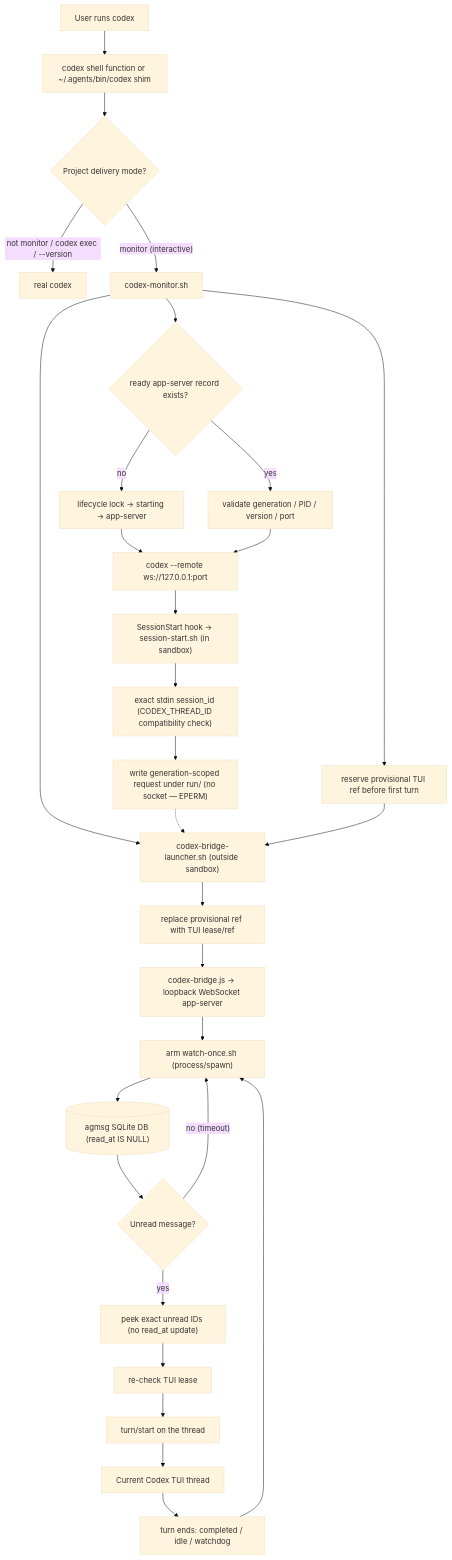
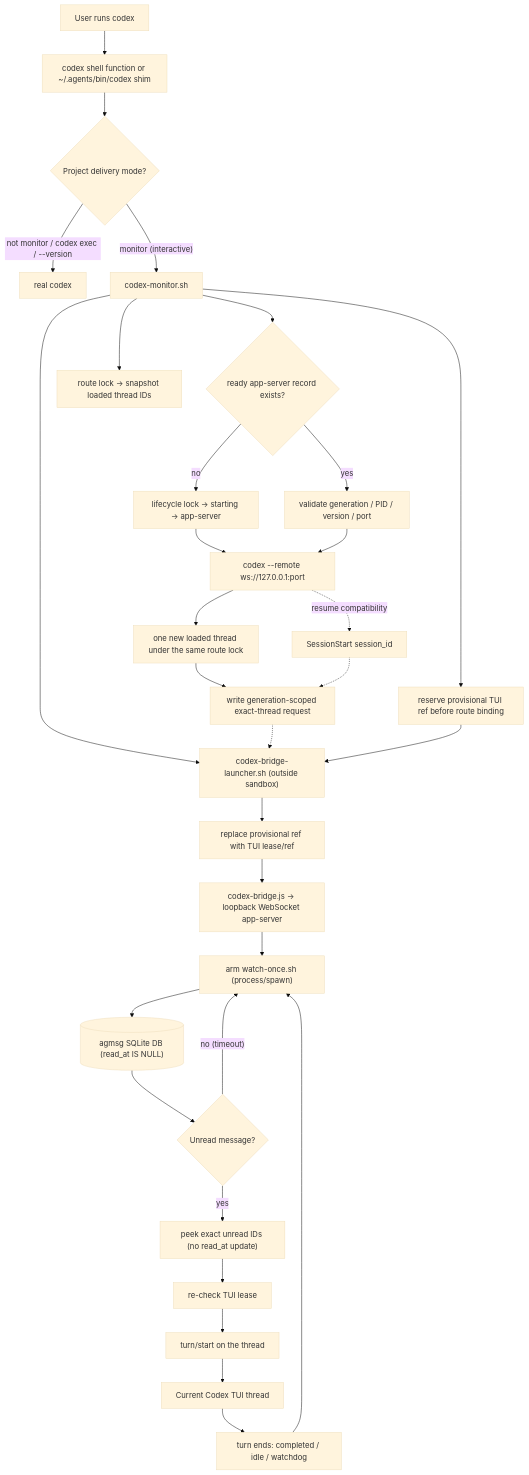
Before and after one commit to fujibee/agmsg: the diagram in docs/codex-monitor-beta.md, drawn with Mermaid (base theme). The commit also changed other lines of this file and 11 other files, not shown here.

Commit message:
fix(codex): bind Windows monitor to the live TUI

````diff
--- a/docs/codex-monitor-beta.md
+++ b/docs/codex-monitor-beta.md
@@ -214,33 +252,35 @@
 ```mermaid
 flowchart TD
   user["User runs codex"] --> shim["codex shell function or ~/.agents/bin/codex shim"]
   shim --> mode{"Project delivery mode?"}
   mode -- "not monitor / codex exec / --version" --> real["real codex"]
   mode -- "monitor (interactive)" --> monitor["codex-monitor.sh"]
 
   monitor --> server{"ready app-server record exists?"}
   server -- "no" --> startServer["lifecycle lock → starting → app-server"]
   server -- "yes" --> reuseServer["validate generation / PID / version / port"]
-  monitor --> startupRef["reserve provisional TUI ref before first turn"]
+  monitor --> startupRef["reserve provisional TUI ref before route binding"]
+  monitor --> baseline["route lock → snapshot loaded thread IDs"]
   monitor --> launcher["codex-bridge-launcher.sh (outside sandbox)"]
   startServer --> remote["codex --remote ws://127.0.0.1:port"]
   reuseServer --> remote
 
-  remote --> hook["SessionStart hook → session-start.sh (in sandbox)"]
-  hook --> thread["exact stdin session_id (CODEX_THREAD_ID compatibility check)"]
-  thread --> request["write generation-scoped request under run/ (no socket — EPERM)"]
+  remote --> delta["one new loaded thread under the same route lock"]
+  delta --> request["write generation-scoped exact-thread request"]
+  remote -. "resume compatibility" .-> hook["SessionStart session_id"]
+  hook -.-> request
   request -.-> launcher
   startupRef --> launcher
   launcher --> lease["replace provisional ref with TUI lease/ref"]
   lease --> bridge["codex-bridge.js → loopback WebSocket app-server"]
   bridge --> watch["arm watch-once.sh (process/spawn)"]
   watch --> db[("agmsg SQLite DB (read_at IS NULL)")]
   db --> unread{"Unread message?"}
   unread -- "no (timeout)" --> watch
   unread -- "yes" --> inbox["peek exact unread IDs (no read_at update)"]
   inbox --> gate["re-check TUI lease"]
   gate --> turn["turn/start on the thread"]
   turn --> tui["Current Codex TUI thread"]
   tui --> ended["turn ends: completed / idle / watchdog"]
   ended --> watch
 ```
````
